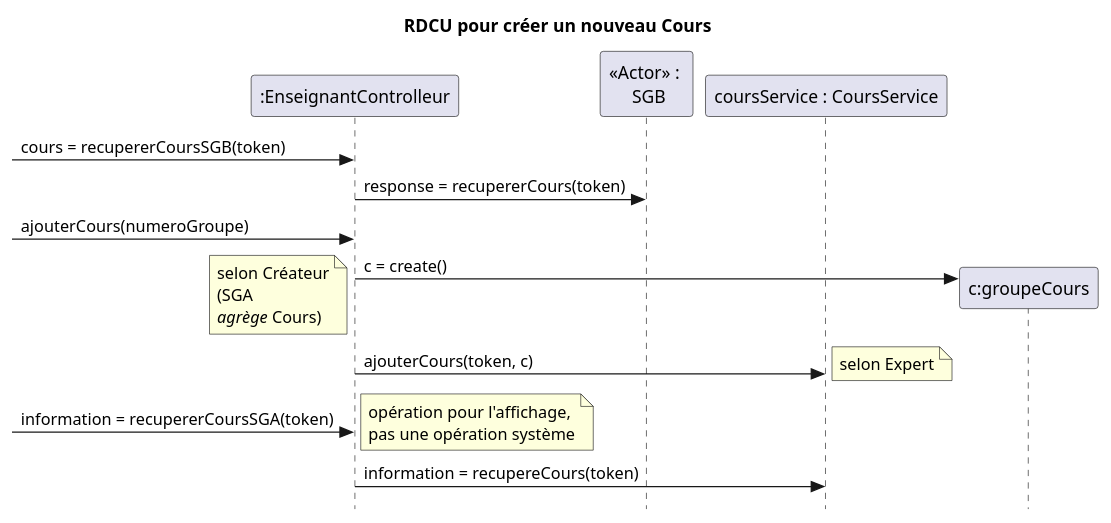
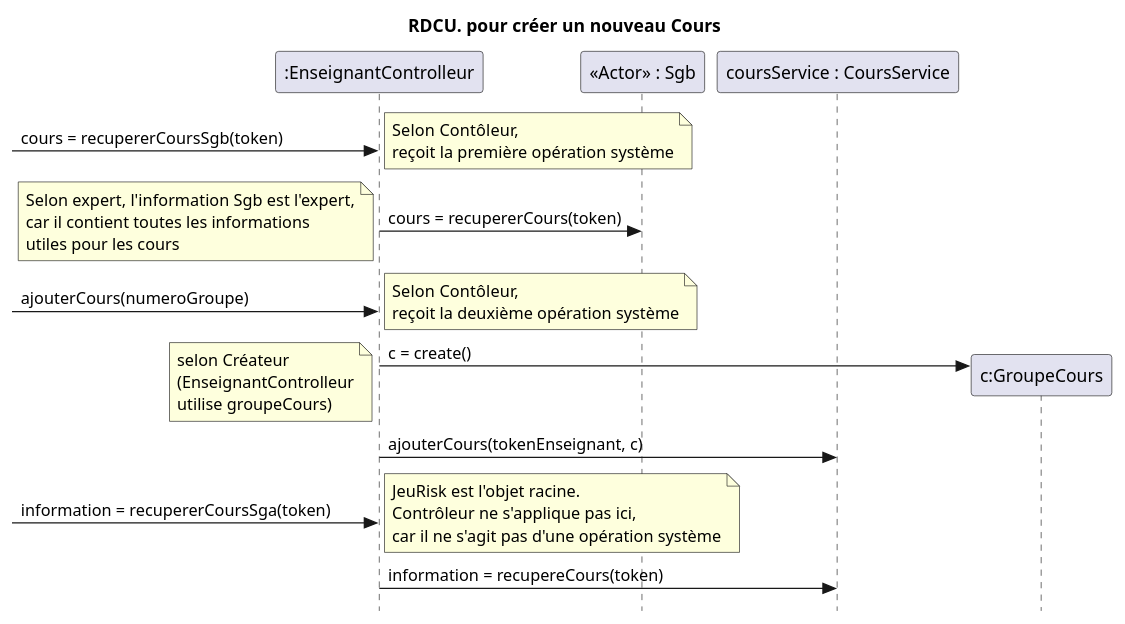
Before and after one commit to nerdz88/SGA-TS: the diagram in docs/RDCU_CreerNouveauCours.puml, drawn with PlantUML. The commit also changed 9 other files, not shown here.

Commit message:
Refacto de ajouter cours

```diff
--- a/docs/RDCU_CreerNouveauCours.puml
+++ b/docs/RDCU_CreerNouveauCours.puml
@@ -1,21 +1,23 @@
 @startuml creerNouveauCours
 skinparam style strictuml
 skinparam defaultfontname Verdana
-title RDCU pour créer un nouveau Cours
+title RDCU. pour créer un nouveau Cours
 participant ":EnseignantControlleur" as sga
-participant "<<Actor>> : \n SGB" as sgb
+participant "<<Actor>> : Sgb" as sgb
 participant "coursService : CoursService" as map
-participant "c:groupeCours" as cours
+participant "c:GroupeCours" as cours
 
-->sga : cours = recupererCoursSGB(token)
-sga->sgb: response = recupererCours(token)
+->sga : cours = recupererCoursSgb(token)
+note left : Selon Contôleur,\nreçoit la première opération système
+sga->sgb: cours = recupererCours(token)
+note left : Selon expert, l'information Sgb est l'expert,\ncar il contient toutes les informations\nutiles pour les cours
 -> sga : ajouterCours(numeroGroupe)
+ note left : Selon Contôleur,\nreçoit la deuxième opération système
   create cours
   sga->cours : c = create()
-  note left : selon Créateur\n(SGA\n//agrège// Cours)
-  sga->map : ajouterCours(token, c)
-  note right : selon Expert
-  -> sga : information = recupererCoursSGA(token)
-  note left : opération pour l'affichage,\npas une opération système
+  note left : selon Créateur\n(EnseignantControlleur\nutilise groupeCours)
+  sga->map : ajouterCours(tokenEnseignant, c)
+  -> sga : information = recupererCoursSga(token)
+  note left : JeuRisk est l'objet racine.\nContrôleur ne s'applique pas ici,\ncar il ne s'agit pas d'une opération système
   sga -> map : information = recupereCours(token)
 @enduml
```
